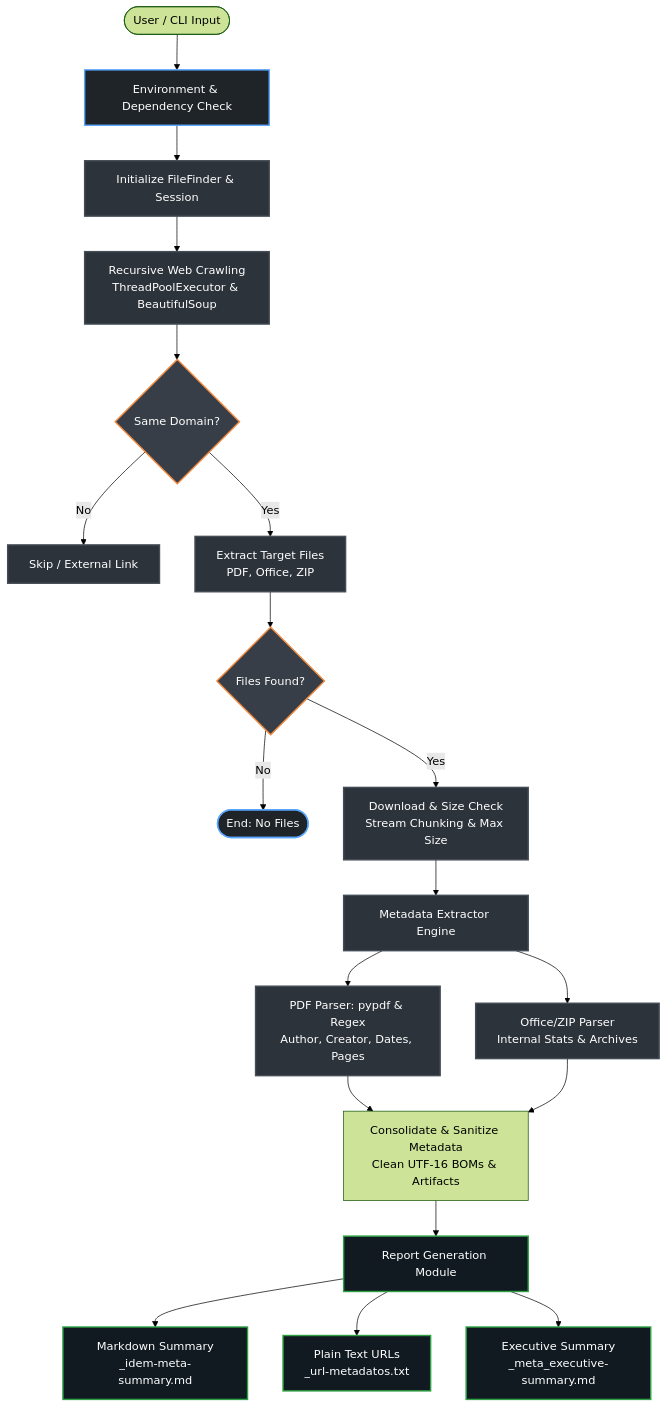
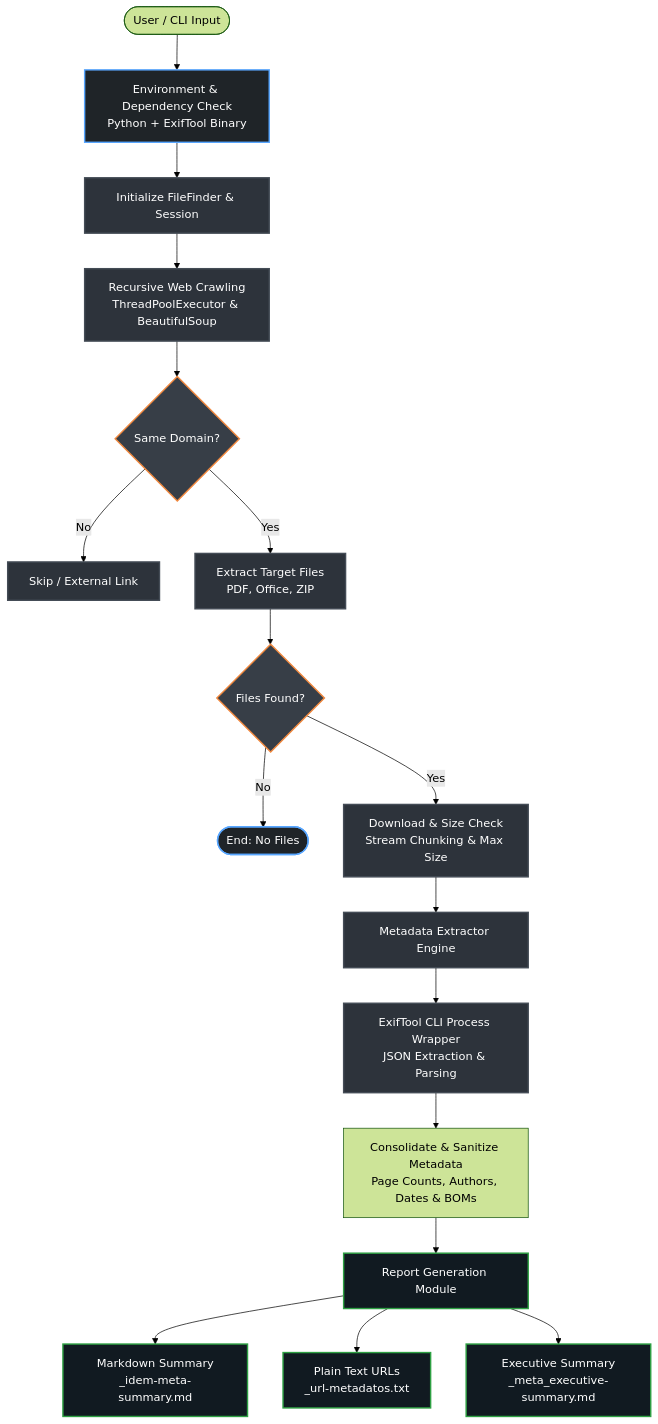
The diagram in README.md (far00t01/metadata), drawn with Mermaid (forest theme) before and after one commit. The commit also changed other lines of this file, not shown here.

````diff
--- a/README.md
+++ b/README.md
@@ -46,36 +47,34 @@
 ```mermaid
 graph TD
     %% Estilos de nodos
     classDef startEnd fill:#1f2428,stroke:#58a6ff,stroke-width:2px,color:#fff;
     classDef process fill:#2d333b,stroke:#444c56,stroke-width:2px,color:#fff;
     classDef decision fill:#373e47,stroke:#f0883e,stroke-width:2px,color:#fff;
     classDef output fill:#111a21,stroke:#2ea043,stroke-width:2px,color:#fff;
 
     %% Flujo principal
-    Start([User / CLI Input]) --> CheckEnv[Environment & Dependency Check]:::startEnd
+    Start([User / CLI Input]) --> CheckEnv[Environment & Dependency Check<br/>Python + ExifTool Binary]:::startEnd
     CheckEnv --> Init[Initialize FileFinder & Session]:::process
     
     Init --> Crawl[Recursive Web Crawling<br/>ThreadPoolExecutor & BeautifulSoup]:::process
     Crawl --> SameDomain{Same Domain?}:::decision
     
     SameDomain -- No --> Discard[Skip / External Link]:::process
     SameDomain -- Yes --> ExtractLinks[Extract Target Files<br/>PDF, Office, ZIP]:::process
     
     ExtractLinks --> FoundFiles{Files Found?}:::decision
     FoundFiles -- No --> EndNoFiles([End: No Files]):::startEnd
     FoundFiles -- Yes --> DL[Download & Size Check<br/>Stream Chunking & Max Size]:::process
 
     DL --> MetaEngine[Metadata Extractor Engine]:::process
     
-    MetaEngine --> PDFExt[PDF Parser: pypdf & Regex<br/>Author, Creator, Dates, Pages]:::process
-    MetaEngine --> OfficeExt[Office/ZIP Parser<br/>Internal Stats & Archives]:::process
+    MetaEngine --> ExifToolProc[ExifTool CLI Process Wrapper<br/>JSON Extraction & Parsing]:::process
 
-    PDFExt --> Merge[Consolidate & Sanitize Metadata<br/>Clean UTF-16 BOMs & Artifacts]:::merge
-    OfficeExt --> Merge
+    ExifToolProc --> Merge[Consolidate & Sanitize Metadata<br/>Page Counts, Authors, Dates & BOMs]:::merge
 
     Merge --> Reports[Report Generation Module]:::output
 
     Reports --> R1[Markdown Summary<br/>_idem-meta-summary.md]:::output
     Reports --> R2[Plain Text URLs<br/>_url-metadatos.txt]:::output
     Reports --> R3[Executive Summary<br/>_meta_executive-summary.md]:::output
 ```
````
